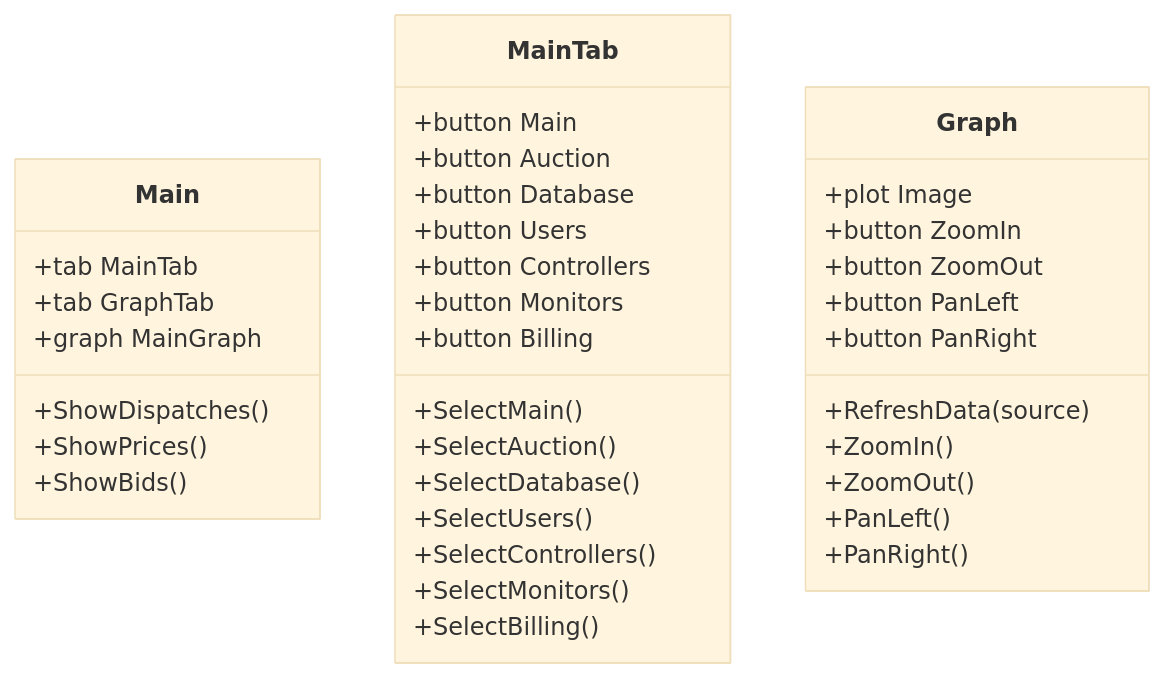
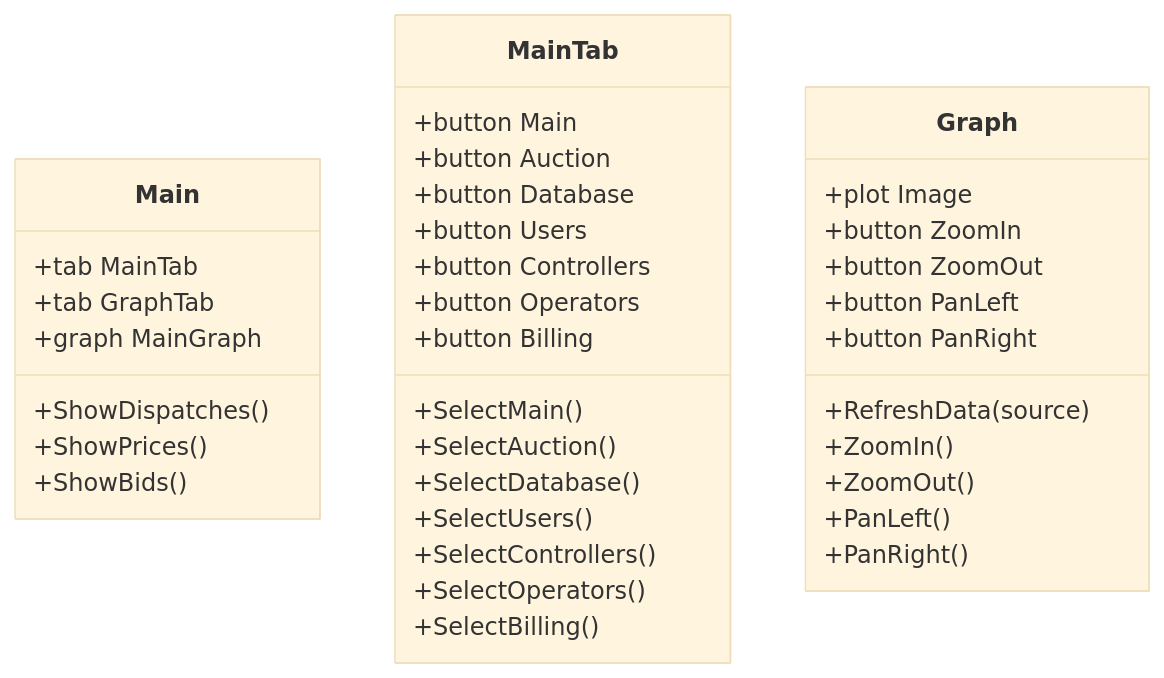
Before and after one commit to aivanova5/design: the third of 4 diagrams in docs/operators.md, drawn with Mermaid (base theme). The commit also changed other lines of this file, not shown here.

````diff
--- a/docs/operators.md
+++ b/docs/operators.md
@@ -36,39 +36,39 @@
 ```mermaid
 classDiagram
   class Main {
     +tab MainTab
     +tab GraphTab
     +graph MainGraph
     +ShowDispatches()
     +ShowPrices()
     +ShowBids()
   }
   class MainTab {
     +button Main
     +button Auction
     +button Database
     +button Users
     +button Controllers
-    +button Monitors
+    +button Operators
     +button Billing
     +SelectMain()
     +SelectAuction()
     +SelectDatabase()
     +SelectUsers()
     +SelectControllers()
-    +SelectMonitors()
+    +SelectOperators()
     +SelectBilling()
   }
   class Graph {
     +plot Image
     +button ZoomIn
     +button ZoomOut
     +button PanLeft
     +button PanRight
     +RefreshData(source)
     +ZoomIn()
     +ZoomOut()
     +PanLeft()
     +PanRight()
   }
 ```
````
